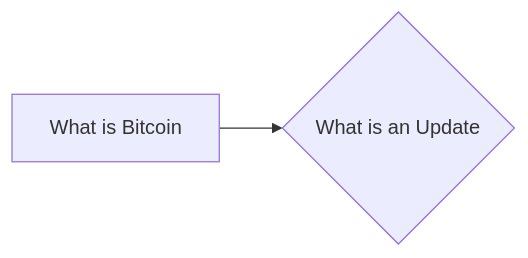
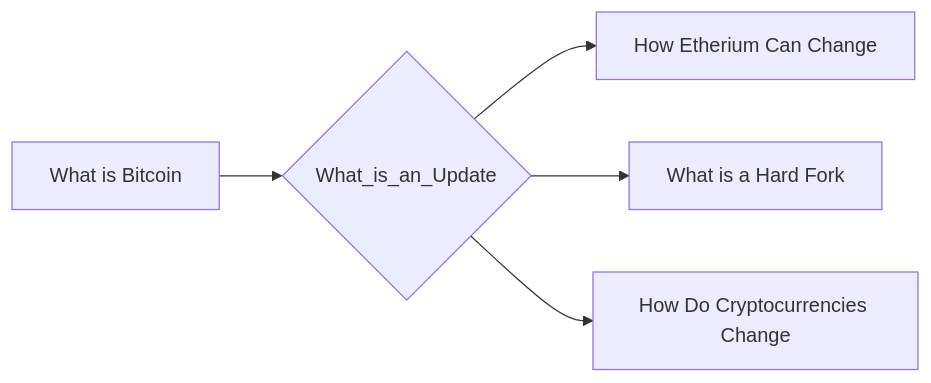
The diagram in notes/What_is_an_Update.md (lpurdy01/crypto-knowledge-map), drawn with Mermaid before and after one commit. The commit also changed 161 other files, not shown here.

````diff
--- a/notes/What_is_an_Update.md
+++ b/notes/What_is_an_Update.md
@@ -6,4 +6,7 @@
 ```mermaid
 graph LR
-1["What is Bitcoin"]-->0{"What is an Update"}
+1["What is Bitcoin"]-->0{"What_is_an_Update"}
+0{"What_is_an_Update"}-->2["How Etherium Can Change"]
+0{"What_is_an_Update"}-->3["What is a Hard Fork"]
+0{"What_is_an_Update"}-->4["How Do Cryptocurrencies Change"]
 ```
````
